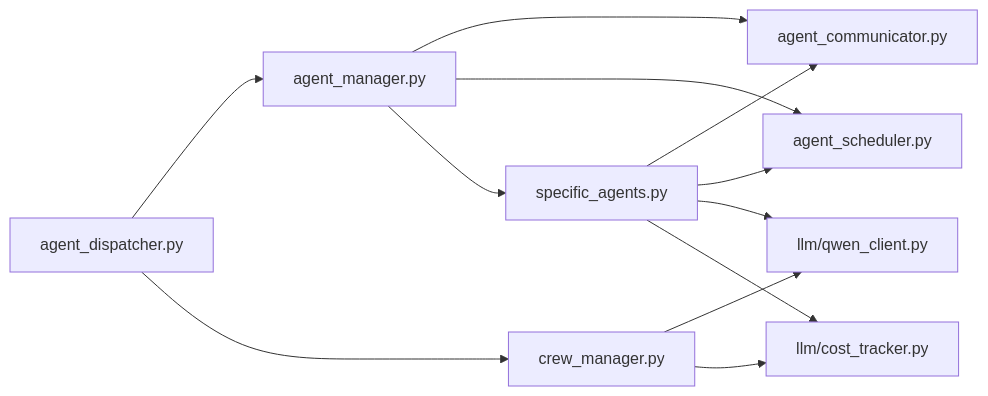
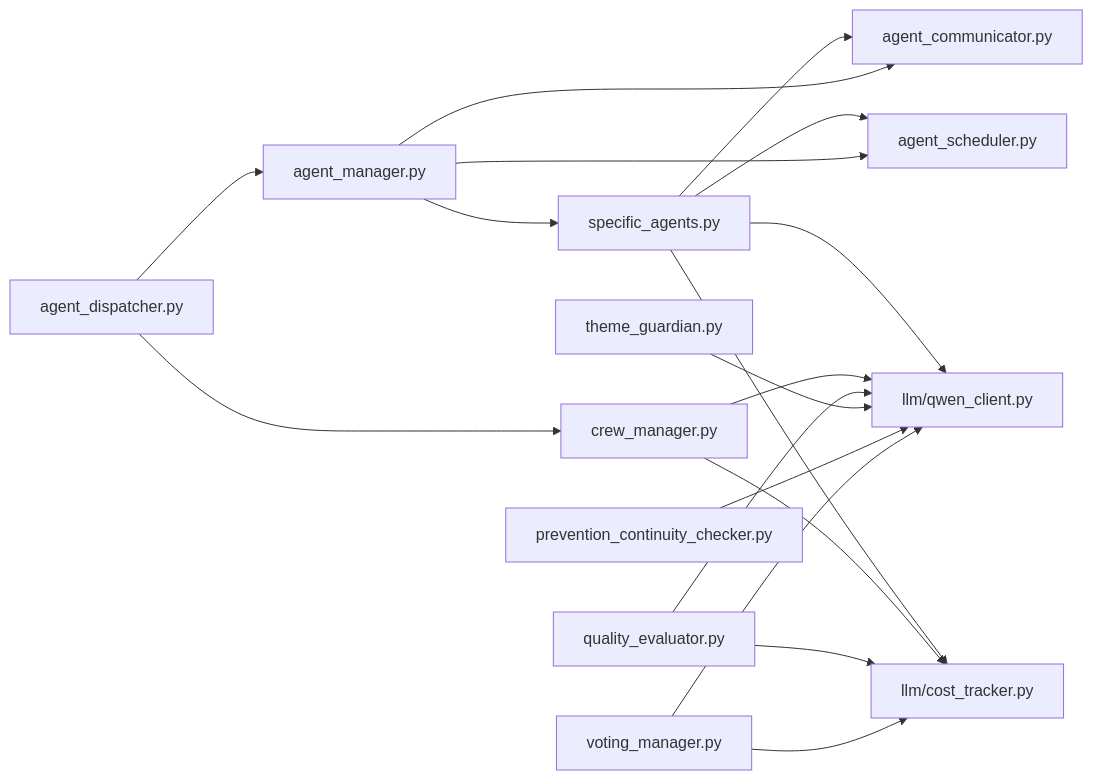
Before and after one commit to xfbyxq/ai-novel-system: diagram 18 of 18 in .qoder/repowiki/zh/content/AI智能体系统/特定智能体实现/特定智能体实现.md, drawn with Mermaid. The commit also changed other lines of this file and 38 other files, not shown here.

````diff
--- a/.qoder/repowiki/zh/content/AI智能体系统/特定智能体实现/特定智能体实现.md
+++ b/.qoder/repowiki/zh/content/AI智能体系统/特定智能体实现/特定智能体实现.md
@@ -416,14 +622,20 @@
 ```mermaid
 graph LR
 SA["specific_agents.py"] --> AC["agent_communicator.py"]
 SA --> AS["agent_scheduler.py"]
 SA --> QC["llm/qwen_client.py"]
 SA --> CT["llm/cost_tracker.py"]
 AM["agent_manager.py"] --> AC
 AM --> AS
 AM --> SA
 AD["agent_dispatcher.py"] --> AM
 AD --> CM["crew_manager.py"]
 CM --> QC
 CM --> CT
+QE["quality_evaluator.py"] --> QC
+QE --> CT
+TG["theme_guardian.py"] --> QC
+PCC["prevention_continuity_checker.py"] --> QC
+VM["voting_manager.py"] --> QC
+VM --> CT
 ```
````
